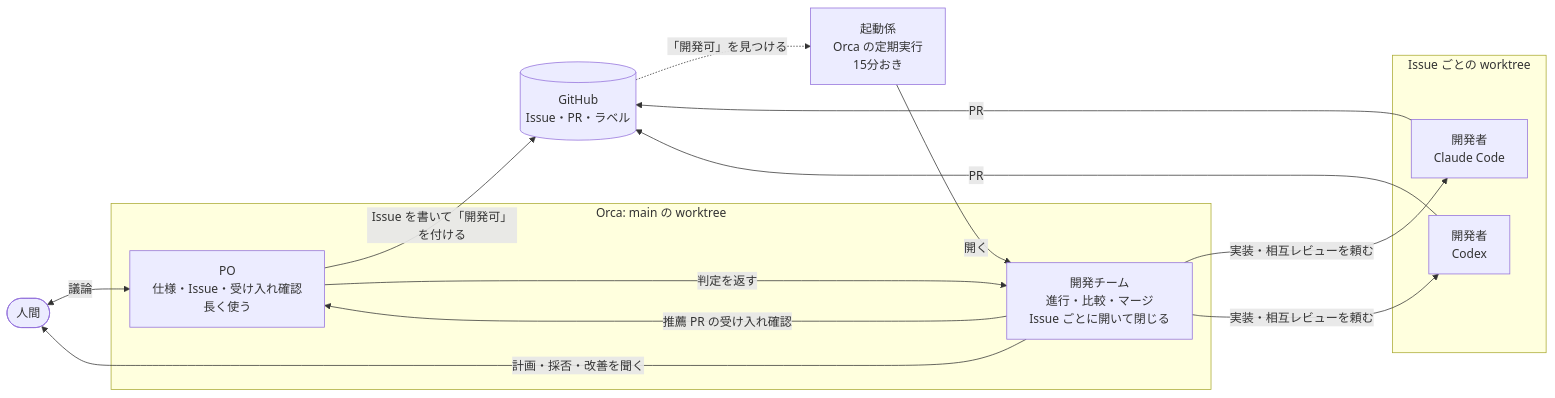
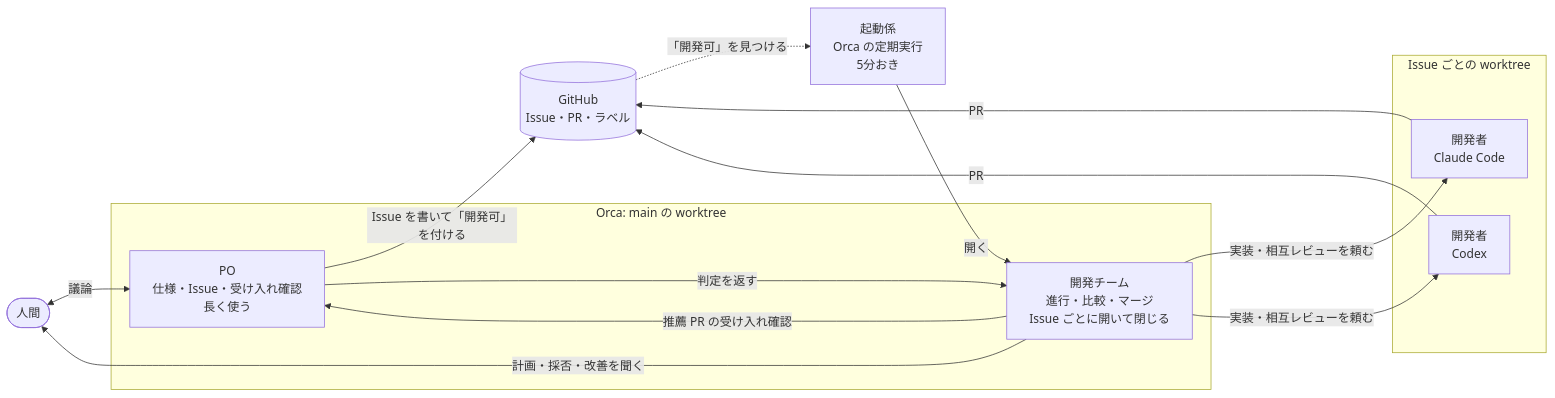
One commit to dyamada-jaki/overstrata-board changed the first of 2 diagrams in README.md. Above: the diagram before and after it, drawn with Mermaid. The commit also changed 1 other file, not shown here.

Commit message:
docs: 起動係の間隔を15分から5分にする
「開発可」を付けてから開発チームが始まるまでの待ちを短くする。確認は precheck のスクリプトだけで、
「開発可」が無いあいだはエージェントを起動しないので、費用は増えない。Orca の定期実行も */5 に変更済み

````diff
--- a/README.md
+++ b/README.md
@@ -15,26 +15,26 @@
 ```mermaid
 flowchart LR
   human(["人間"])
   gh[("GitHub<br/>Issue・PR・ラベル")]
-  launcher["起動係<br/>Orca の定期実行<br/>15分おき"]
+  launcher["起動係<br/>Orca の定期実行<br/>5分おき"]
 
   subgraph main["Orca: main の worktree"]
     po["PO<br/>仕様・Issue・受け入れ確認<br/>長く使う"]
     team["開発チーム<br/>進行・比較・マージ<br/>Issue ごとに開いて閉じる"]
   end
 
   subgraph wt["Issue ごとの worktree"]
     devc["開発者<br/>Claude Code"]
     devx["開発者<br/>Codex"]
   end
 
   human <-->|議論| po
   po -->|"Issue を書いて「開発可」を付ける"| gh
   gh -.->|"「開発可」を見つける"| launcher
   launcher -->|開く| team
   team -->|実装・相互レビューを頼む| devc & devx
   devc & devx -->|PR| gh
   team -->|推薦 PR の受け入れ確認| po
   po -->|判定を返す| team
   team -->|"計画・採否・改善を聞く"| human
 ```
````
